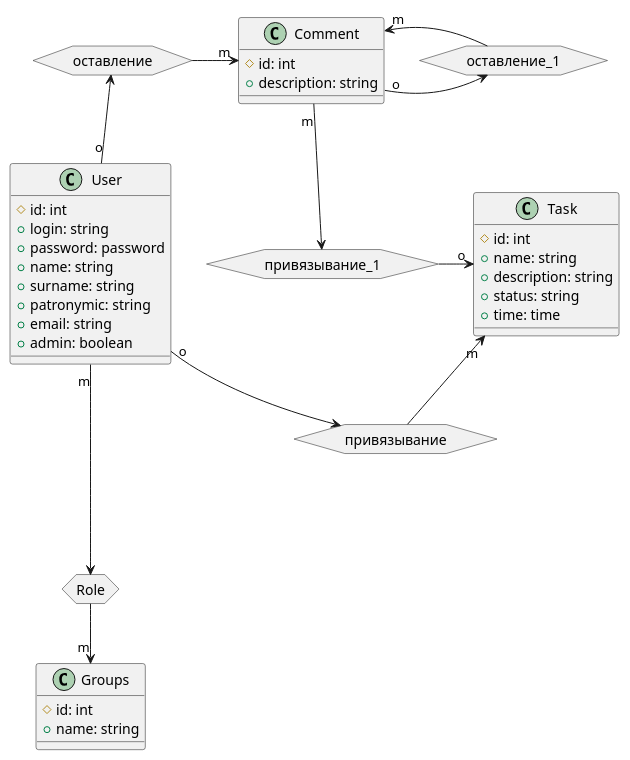
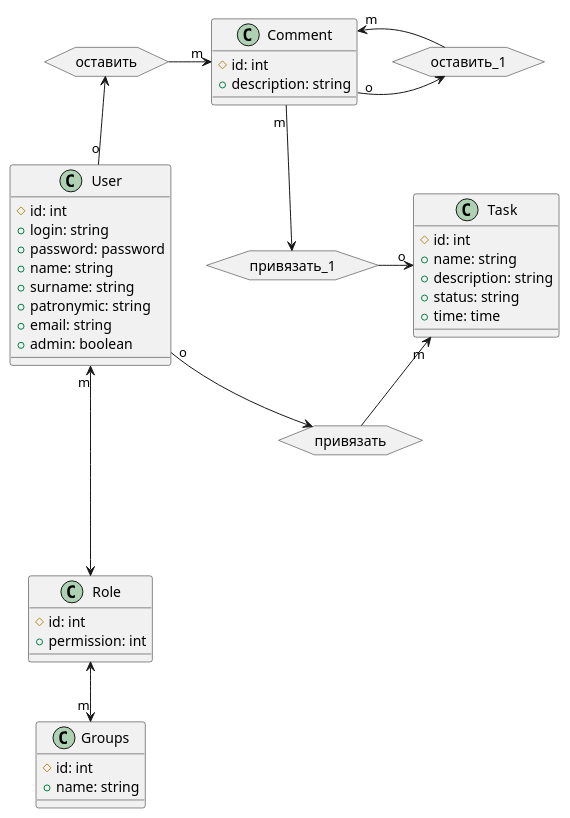
Before and after one commit to Spoleri/Diagram: the diagram in Task.wsd, drawn with PlantUML. The commit also changed 1 other file, not shown here.

```diff
--- a/Task.wsd
+++ b/Task.wsd
@@ -1,62 +1,62 @@
 @startuml Todoist
     class User {
         # id: int
         + login: string
         + password: password
         + name: string
         + surname: string
         + patronymic: string
         + email: string
         + admin: boolean
     }
 
     class Task {
         # id: int
         + name: string
         + description: string
         + status: string
         + time: time
     }
     
     class Comment {
         # id: int
         + description: string
     }
 
     class Groups {
         # id: int
         + name: string
     }
 
-    hexagon привязывание {
+    class Role {
+        # id: int
+        + permission: int
+    }
+
+    hexagon привязать {
 
     }
 
-    hexagon оставление {
+    hexagon оставить {
 
     }
 
-
-    hexagon привязывание_1 {
+    hexagon привязать_1 {
 
     }
 
-    hexagon оставление_1 {
+    hexagon оставить_1 {
 
     }
 
-    hexagon Role {
-
-    }
-
-    User "о" -down-> привязывание
-    привязывание -up-> "m" Task
-    User "o" -up-> оставление
-    оставление -> "m" Comment
-    Comment "m" --> привязывание_1
-    привязывание_1 -> "o" Task
-    Comment "o" -> оставление_1
-    оставление_1 -> "m" Comment
-    User "m" ----> Role
-    Role --> "m" Groups
+    User "о" -down-> привязать
+    привязать -up-> "m" Task
+    User "o" -up-> оставить
+    оставить -> "m" Comment
+    Comment "m" --> привязать_1
+    привязать_1 -> "o" Task
+    Comment "o" -> оставить_1
+    оставить_1 -> "m" Comment
+    User "m" <----> Role
+    Role <--> "m" Groups
 @enduml
```
